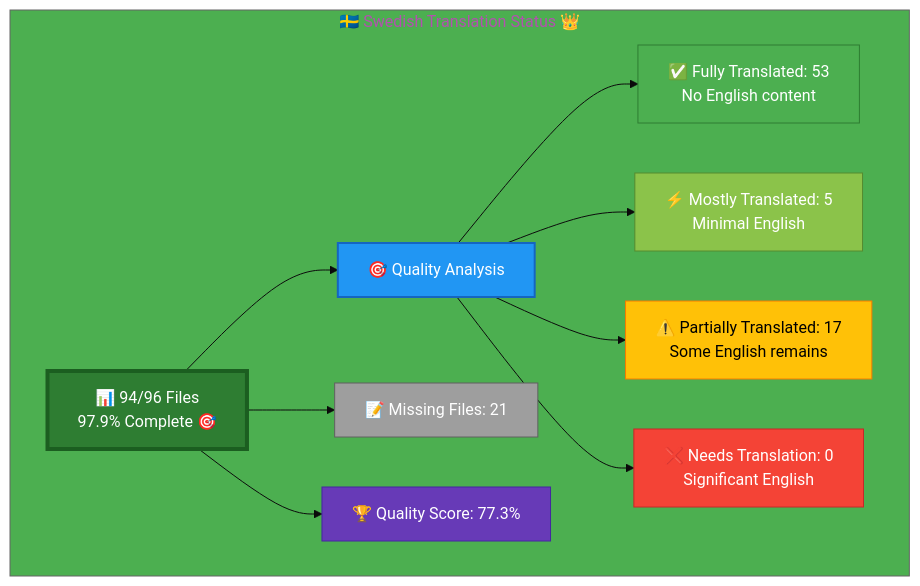
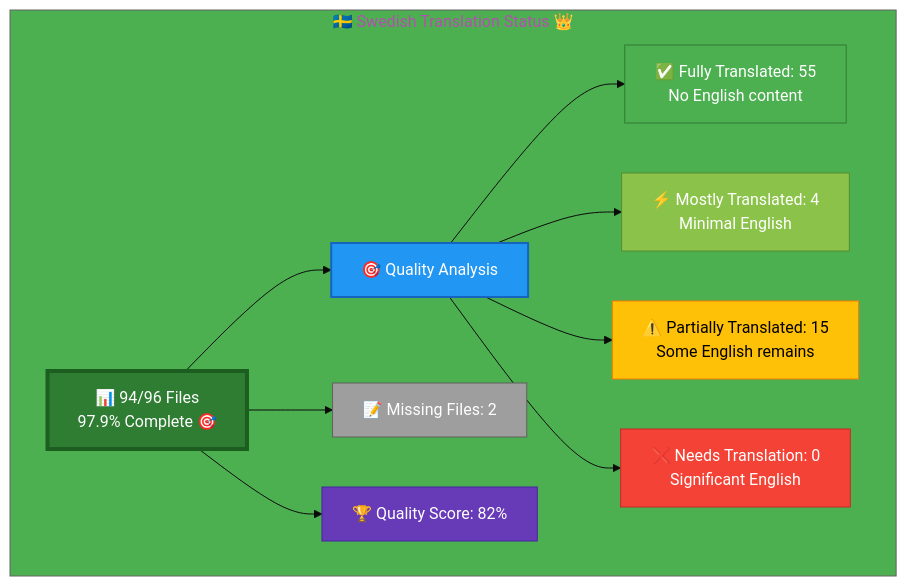
One commit to Hack23/homepage changed the diagram in Swedish-Translation-Status.md. Above: the diagram before and after it, drawn with Mermaid. The commit also changed other lines of this file and 1 other file, not shown here.

Commit message:
Phase 4: Major quality improvements - 2 files completed, status updated

````diff
--- a/Swedish-Translation-Status.md
+++ b/Swedish-Translation-Status.md
@@ -13,26 +13,26 @@
 ```mermaid
 %%{init: {'theme':'base', 'themeVariables': {'primaryColor':'#2E7D32','secondaryColor':'#2196F3','tertiaryColor':'#4CAF50','fontSize':'16px'}}}%%
 graph TB
     subgraph "🇸🇪 Swedish Translation Status 👑"
         A["📊 94/96 Files<br/>97.9% Complete 🎯"]
         
         A --> B["🎯 Quality Analysis"]
-        B --> C["✅ Fully Translated: 53<br/>No English content"]
-        B --> D["⚡ Mostly Translated: 5<br/>Minimal English"]
-        B --> E["⚠️  Partially Translated: 17<br/>Some English remains"]
+        B --> C["✅ Fully Translated: 55<br/>No English content"]
+        B --> D["⚡ Mostly Translated: 4<br/>Minimal English"]
+        B --> E["⚠️  Partially Translated: 15<br/>Some English remains"]
         B --> F["❌ Needs Translation: 0<br/>Significant English"]
         
-        A --> G["📝 Missing Files: 21"]
+        A --> G["📝 Missing Files: 2"]
         
-        A --> H["🏆 Quality Score: 77.3%"]
+        A --> H["🏆 Quality Score: 82%"]
         
         style A fill:#2E7D32,stroke:#1B5E20,color:#fff,stroke-width:4px
         style B fill:#2196F3,stroke:#1565C0,color:#fff,stroke-width:2px
         style C fill:#4CAF50,stroke:#2E7D32,color:#fff
         style D fill:#8BC34A,stroke:#558B2F,color:#fff
         style E fill:#FFC107,stroke:#F57C00,color:#000
         style F fill:#F44336,stroke:#C62828,color:#fff
         style G fill:#9E9E9E,stroke:#616161,color:#fff
         style H fill:#673AB7,stroke:#4527A0,color:#fff
     end
 ```
````
